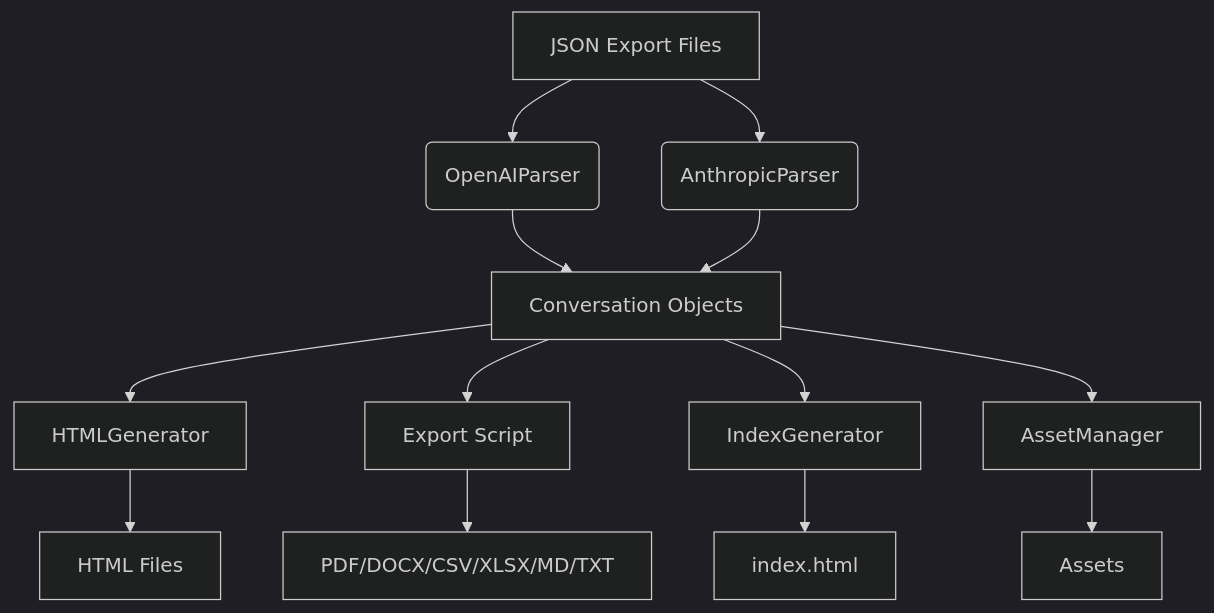
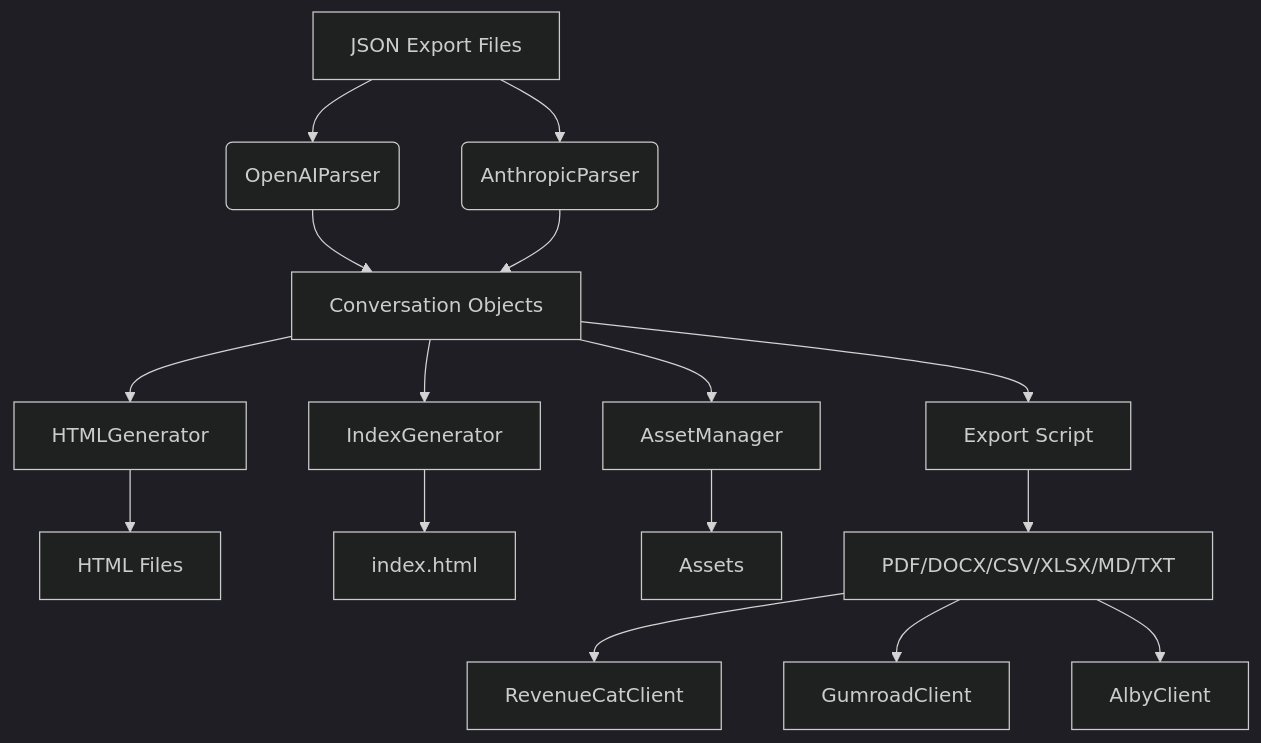
The diagram in docs/repo-architecture.md (rebots-online/AI-Chat-Reader), drawn with Mermaid (dark theme) before and after one commit. The commit also changed 3 other files, not shown here.

Commit message:
Add Gumroad and Alby licensing clients

````diff
--- a/docs/repo-architecture.md
+++ b/docs/repo-architecture.md
@@ -3,15 +3,18 @@
 ```mermaid
 graph TD
     A[JSON Export Files] --> B(OpenAIParser)
     A --> C(AnthropicParser)
     B --> D[Conversation Objects]
     C --> D
     D --> E[HTMLGenerator]
     D --> F[Export Script]
     E --> G[HTML Files]
     D --> H[IndexGenerator]
     H --> I[index.html]
     D --> J[AssetManager]
     J --> K[Assets]
     F --> L[PDF/DOCX/CSV/XLSX/MD/TXT]
+    L --> M[RevenueCatClient]
+    L --> N[GumroadClient]
+    L --> O[AlbyClient]
 ```
````
